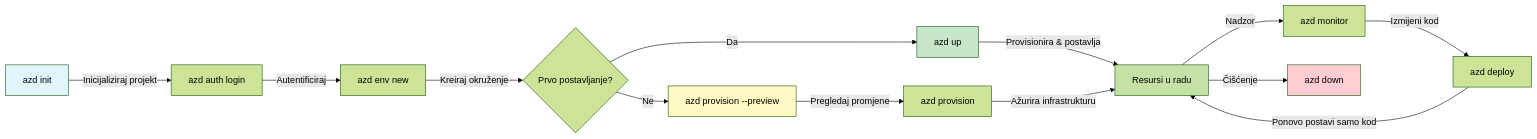
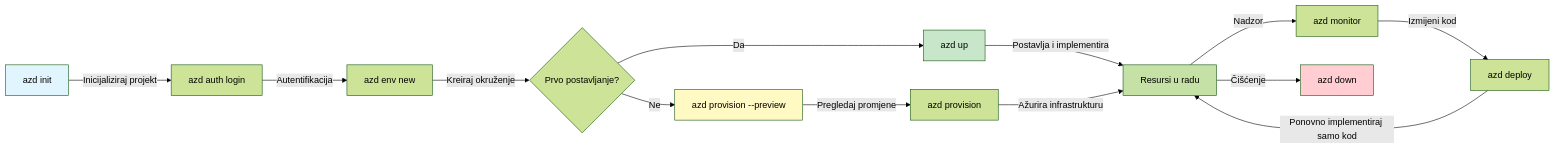
The first of 2 diagrams in translations/hr/docs/chapter-01-foundation/azd-basics.md (microsoft/AZD-for-beginners), drawn with Mermaid (forest theme) before and after one commit. The commit also changed other lines of this file and 101 other files, not shown here.

````diff
--- a/translations/hr/docs/chapter-01-foundation/azd-basics.md
+++ b/translations/hr/docs/chapter-01-foundation/azd-basics.md
@@ -269,21 +269,21 @@
 ```mermaid
 graph LR
     A[azd init] -->|Inicijaliziraj projekt| B[azd auth login]
-    B -->|Autentificiraj| C[azd env new]
+    B -->|Autentifikacija| C[azd env new]
     C -->|Kreiraj okruženje| D{Prvo postavljanje?}
     D -->|Da| E[azd up]
     D -->|Ne| F[azd provision --preview]
     F -->|Pregledaj promjene| G[azd provision]
-    E -->|Provisionira & postavlja| H[Resursi u radu]
+    E -->|Postavlja i implementira| H[Resursi u radu]
     G -->|Ažurira infrastrukturu| H
     H -->|Nadzor| I[azd monitor]
     I -->|Izmijeni kod| J[azd deploy]
-    J -->|Ponovo postavi samo kod| H
+    J -->|Ponovno implementiraj samo kod| H
     H -->|Čišćenje| K[azd down]
     
     style A fill:#e1f5fe
     style E fill:#c8e6c9
     style F fill:#fff9c4
     style H fill:#c5e1a5
     style K fill:#ffcdd2
-```
+```  
````
